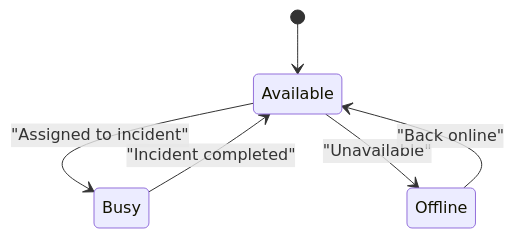
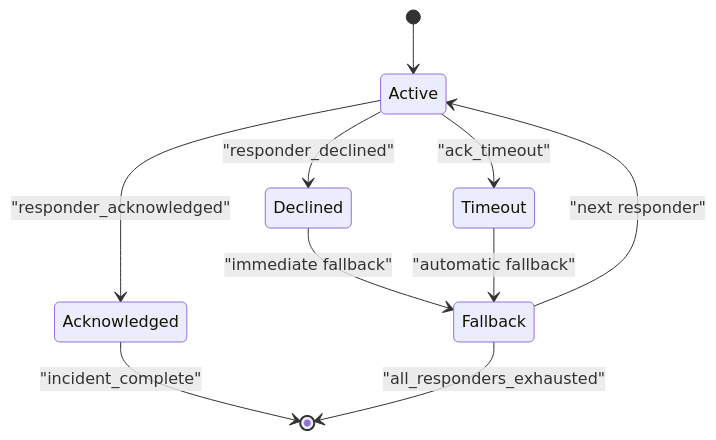
One commit to M-Rumman/LifeLine-Ride changed the fourth of 8 diagrams in .qoder/repowiki/en/content/Matching & Dispatch Engine.md. Above: the diagram before and after it, drawn with Mermaid. The commit also changed other lines of this file and 46 other files, not shown here.

````diff
--- a/.qoder/repowiki/en/content/Matching & Dispatch Engine.md
+++ b/.qoder/repowiki/en/content/Matching & Dispatch Engine.md
@@ -150,8 +180,12 @@
 ```mermaid
 stateDiagram-v2
-[*] --> Available
-Available --> Busy : "Assigned to incident"
-Busy --> Available : "Incident completed"
-Available --> Offline : "Unavailable"
-Offline --> Available : "Back online"
+[*] --> Active
+Active --> Acknowledged : "responder_acknowledged"
+Active --> Declined : "responder_declined"
+Active --> Timeout : "ack_timeout"
+Acknowledged --> [*] : "incident_complete"
+Declined --> Fallback : "immediate fallback"
+Timeout --> Fallback : "automatic fallback"
+Fallback --> Active : "next responder"
+Fallback --> [*] : "all_responders_exhausted"
 ```
````
